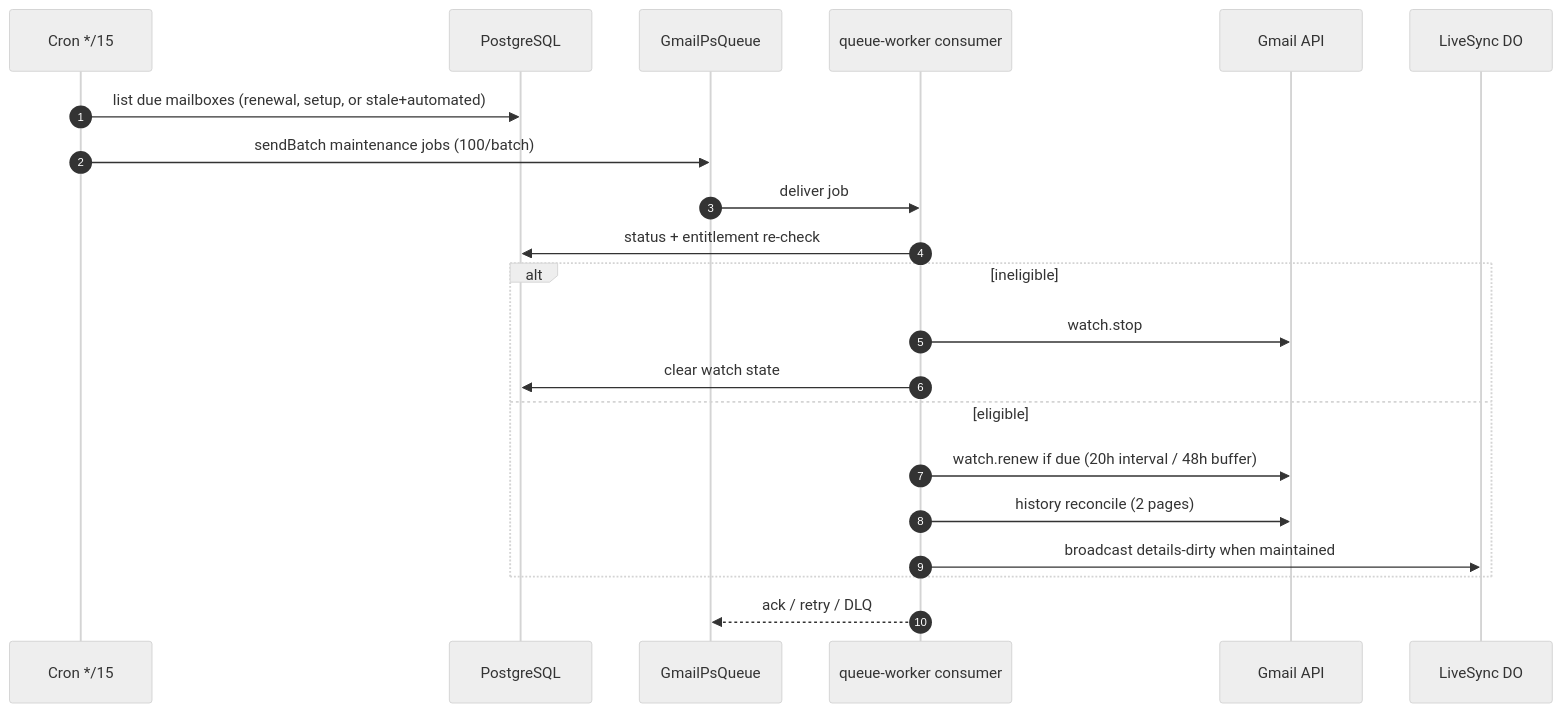
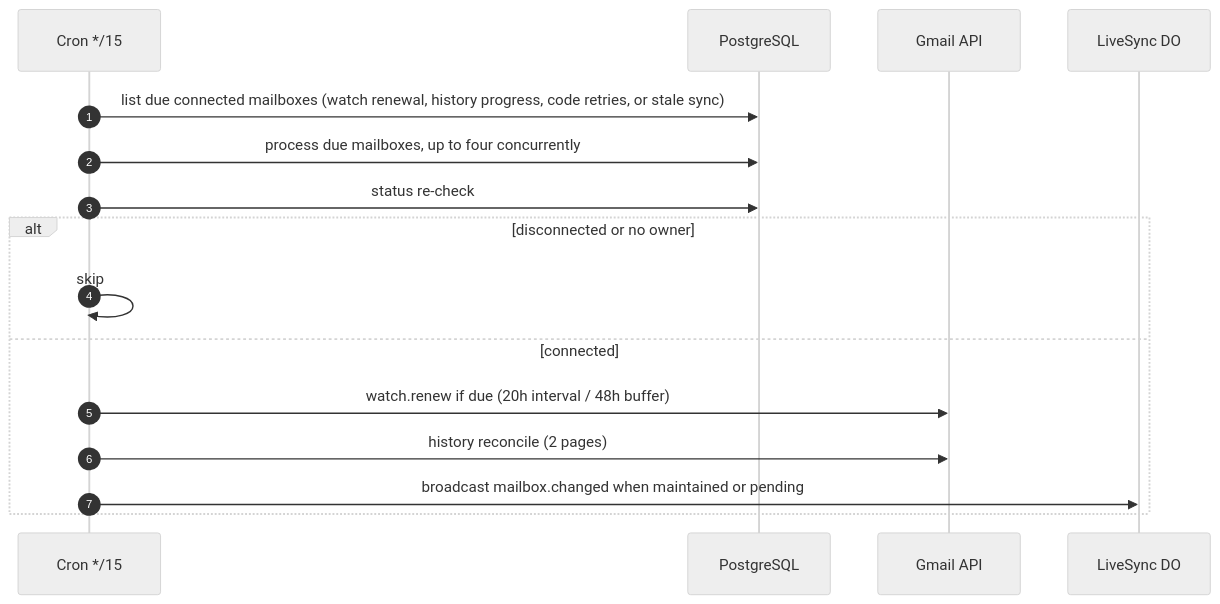
Before and after one commit to quieter-email/quieter: the third of 6 diagrams in docs/infrastructure-map.md, drawn with Mermaid (neutral theme). The commit also changed other lines of this file and 735 other files, not shown here.

````diff
--- a/docs/infrastructure-map.md
+++ b/docs/infrastructure-map.md
@@ -206,24 +178,19 @@
 ```mermaid
 sequenceDiagram
     autonumber
     participant CR as Cron */15
     participant DB as PostgreSQL
-    participant Q as GmailPsQueue
-    participant C as queue-worker consumer
     participant A as Gmail API
     participant D as LiveSync DO
 
-    CR->>DB: list due mailboxes (renewal, setup, or stale+automated)
-    CR->>Q: sendBatch maintenance jobs (100/batch)
-    Q->>C: deliver job
-    C->>DB: status + entitlement re-check
-    alt ineligible
-        C->>A: watch.stop
-        C->>DB: clear watch state
-    else eligible
-        C->>A: watch.renew if due (20h interval / 48h buffer)
-        C->>A: history reconcile (2 pages)
-        C->>D: broadcast details-dirty when maintained
+    CR->>DB: list due connected mailboxes (watch renewal, history progress, code retries, or stale sync)
+    CR->>DB: process due mailboxes, up to four concurrently
+    CR->>DB: status re-check
+    alt disconnected or no owner
+        CR->>CR: skip
+    else connected
+        CR->>A: watch.renew if due (20h interval / 48h buffer)
+        CR->>A: history reconcile (2 pages)
+        CR->>D: broadcast mailbox.changed when maintained or pending
     end
-    C-->>Q: ack / retry / DLQ
 ```
````
